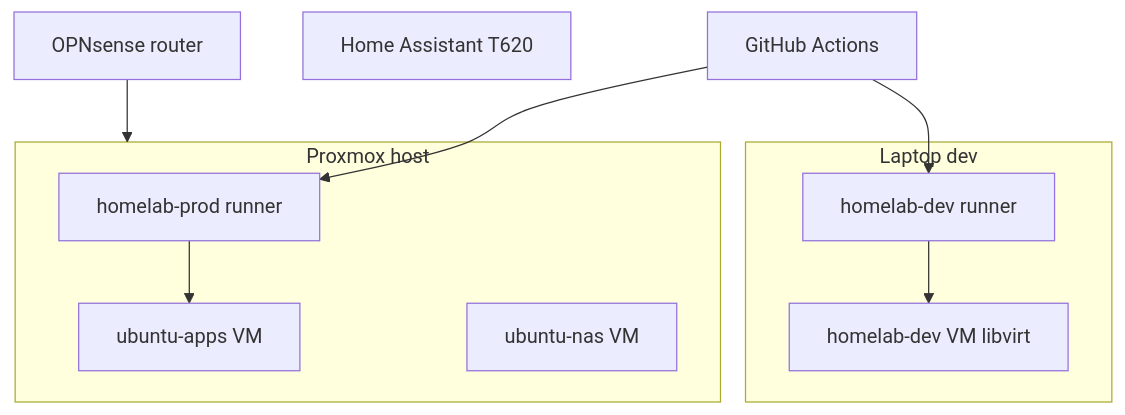
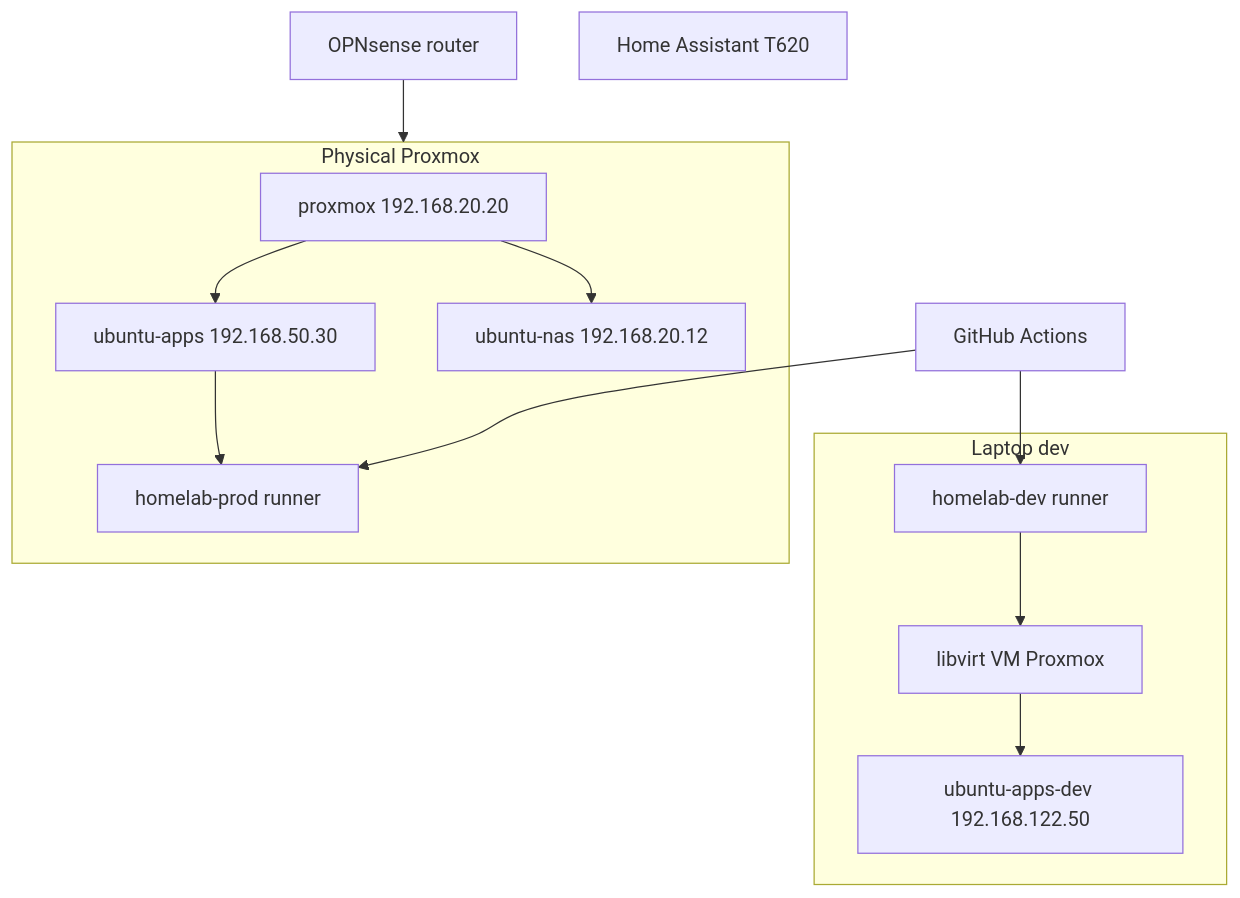
Before and after one commit to DaveKadziola/homelab: the diagram in README.md, drawn with Mermaid. The commit also changed other lines of this file and 6 other files, not shown here.

````diff
--- a/README.md
+++ b/README.md
@@ -27,20 +27,25 @@
 ```mermaid
 flowchart TB
   subgraph laptop [Laptop dev]
     RunnerDev[homelab-dev runner]
-    DevVM[homelab-dev VM libvirt]
-    RunnerDev --> DevVM
+    NestedPVE[libvirt VM Proxmox]
+    AppsDev[ubuntu-apps-dev 192.168.122.50]
+    RunnerDev --> NestedPVE
+    NestedPVE --> AppsDev
   end
-  subgraph prod [Proxmox host]
+  subgraph prod [Physical Proxmox]
+    PVE[proxmox 192.168.20.20]
+    AppsVM[ubuntu-apps 192.168.50.30]
+    NASVM[ubuntu-nas 192.168.20.12]
     RunnerProd[homelab-prod runner]
-    AppsVM[ubuntu-apps VM]
-    NASVM[ubuntu-nas VM]
-    RunnerProd --> AppsVM
+    PVE --> AppsVM
+    PVE --> NASVM
+    AppsVM --> RunnerProd
   end
   OPNsense[OPNsense router]
   HA[Home Assistant T620]
   GitHub[GitHub Actions]
   GitHub --> RunnerDev
   GitHub --> RunnerProd
   OPNsense --> prod
 ```
````
